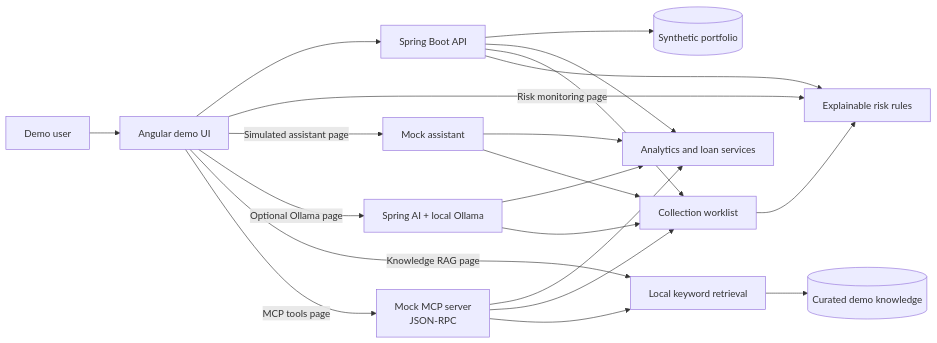
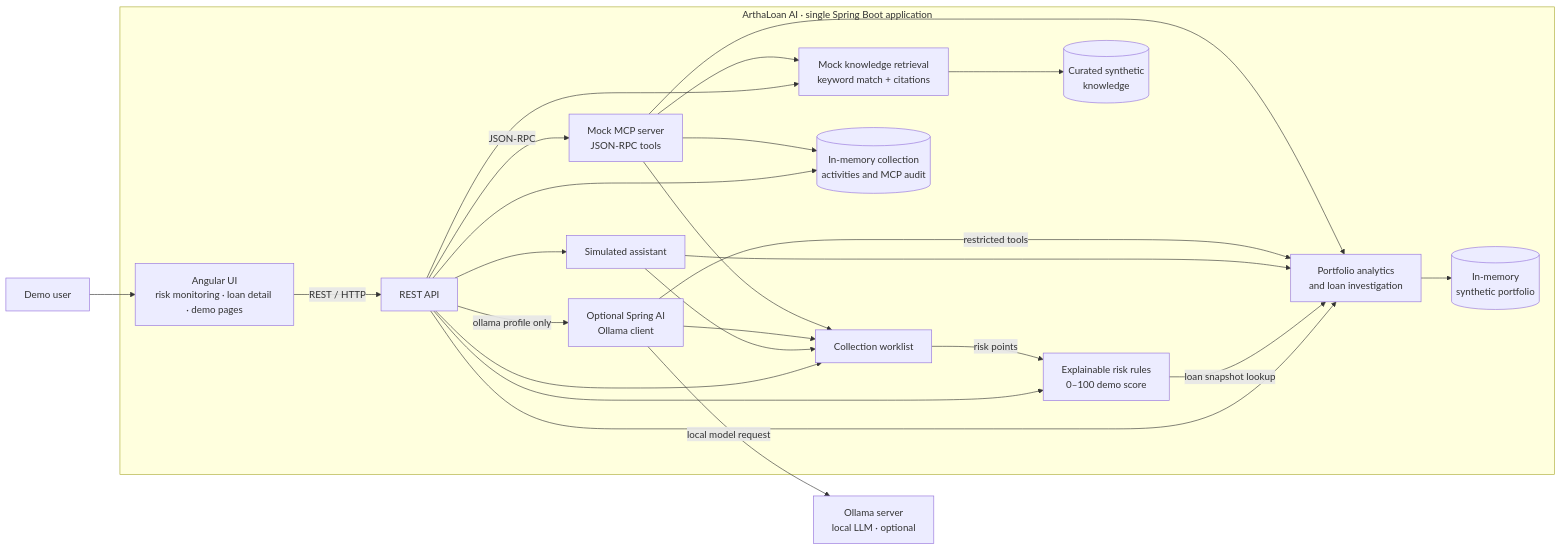
Before and after one commit to pauluswi/arthaloan-ai: the diagram in README.md, drawn with Mermaid. The commit also changed other lines of this file, not shown here.

Commit message:
Update Arch Diagram at README

````diff
--- a/README.md
+++ b/README.md
@@ -21,29 +21,44 @@
 ```mermaid
 flowchart LR
-    U[Demo user] --> UI[Angular demo UI]
-    UI --> API[Spring Boot API]
-    DATA[(Synthetic portfolio)]
-    API --> DATA
+    USER[Demo user] --> BROWSER
 
-    API --> ANA[Analytics and loan services]
-    API --> COL[Collection worklist]
-    API --> SCORE[Explainable risk rules]
-    UI -->|Risk monitoring page| SCORE
-    COL --> SCORE
+    subgraph APP["ArthaLoan AI · single Spring Boot application"]
+        BROWSER[Angular UI<br/>risk monitoring · loan detail · demo pages]
+        API[REST API]
+        DATA[(In-memory<br/>synthetic portfolio)]
+        ANALYTICS[Portfolio analytics<br/>and loan investigation]
+        RISK[Explainable risk rules<br/>0–100 demo score]
+        COLLECTIONS[Collection worklist]
+        SIM[Simulated assistant]
+        RAG[Mock knowledge retrieval<br/>keyword match + citations]
+        KNOWLEDGE[(Curated synthetic<br/>knowledge)]
+        MCP[Mock MCP server<br/>JSON-RPC tools]
+        SPRINGAI[Optional Spring AI<br/>Ollama client]
+        SESSION[(In-memory collection<br/>activities and MCP audit)]
 
-    UI -->|Simulated assistant page| SIM[Mock assistant]
-    SIM --> ANA
-    SIM --> COL
+        BROWSER -->|REST / HTTP| API
+        API --> ANALYTICS
+        API --> RISK
+        API --> COLLECTIONS
+        API --> SIM
+        API --> RAG
+        API -->|JSON-RPC| MCP
+        API -->|ollama profile only| SPRINGAI
 
-    UI -->|Optional Ollama page| OLL[Spring AI + local Ollama]
-    OLL --> ANA
-    OLL --> COL
+        ANALYTICS --> DATA
+        COLLECTIONS -->|risk points| RISK
+        RISK -->|loan snapshot lookup| ANALYTICS
+        SIM --> ANALYTICS
+        SIM --> COLLECTIONS
+        SPRINGAI -->|restricted tools| ANALYTICS
+        SPRINGAI --> COLLECTIONS
+        RAG --> KNOWLEDGE
+        MCP --> ANALYTICS
+        MCP --> COLLECTIONS
+        MCP --> RAG
+        API --> SESSION
+        MCP --> SESSION
+    end
 
-    UI -->|Knowledge RAG page| RAG[Local keyword retrieval]
-    RAG --> KB[(Curated demo knowledge)]
-
-    UI -->|MCP tools page| MCP[Mock MCP server<br/>JSON-RPC]
-    MCP --> ANA
-    MCP --> COL
-    MCP --> RAG
+    SPRINGAI -->|local model request| OLLAMA[Ollama server<br/>local LLM · optional]
 ```
````
